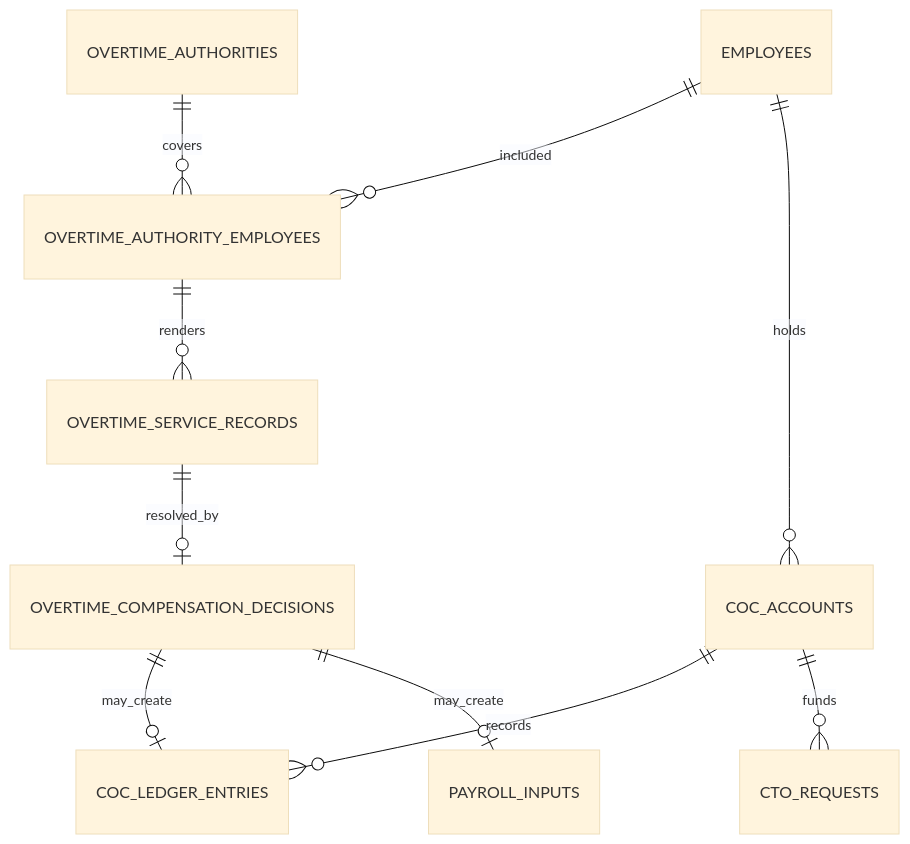
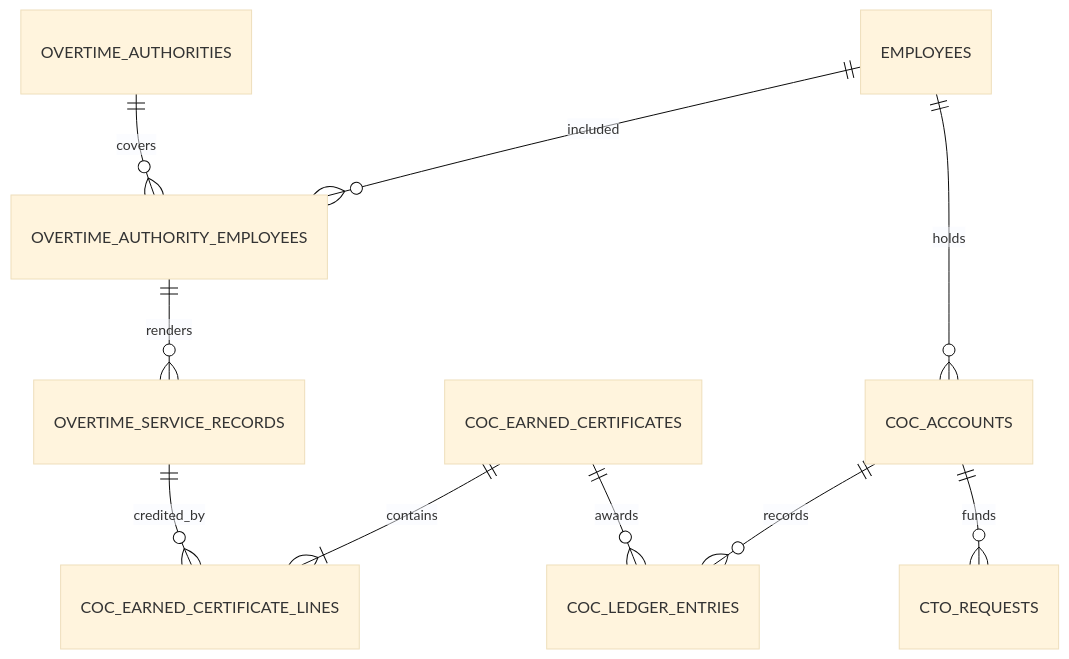
Before and after one commit to systemeror12/lingkod-hr: the diagram in docs/data-model/overtime-coc-cto-logical-erd.md, drawn with Mermaid (base theme). The commit also changed other lines of this file and 8 other files, not shown here.

First line of the commit message:
Decide the overtime authority, service, and COC award contracts (#317)

````diff
--- a/docs/data-model/overtime-coc-cto-logical-erd.md
+++ b/docs/data-model/overtime-coc-cto-logical-erd.md
@@ -28,12 +28,12 @@
 ```mermaid
 erDiagram
     OVERTIME_AUTHORITIES ||--o{ OVERTIME_AUTHORITY_EMPLOYEES : covers
     EMPLOYEES ||--o{ OVERTIME_AUTHORITY_EMPLOYEES : included
     OVERTIME_AUTHORITY_EMPLOYEES ||--o{ OVERTIME_SERVICE_RECORDS : renders
-    OVERTIME_SERVICE_RECORDS ||--o| OVERTIME_COMPENSATION_DECISIONS : resolved_by
+    OVERTIME_SERVICE_RECORDS ||--o{ COC_EARNED_CERTIFICATE_LINES : credited_by
+    COC_EARNED_CERTIFICATES ||--|{ COC_EARNED_CERTIFICATE_LINES : contains
     EMPLOYEES ||--o{ COC_ACCOUNTS : holds
     COC_ACCOUNTS ||--o{ COC_LEDGER_ENTRIES : records
     COC_ACCOUNTS ||--o{ CTO_REQUESTS : funds
-    OVERTIME_COMPENSATION_DECISIONS ||--o| COC_LEDGER_ENTRIES : may_create
-    OVERTIME_COMPENSATION_DECISIONS ||--o| PAYROLL_INPUTS : may_create
+    COC_EARNED_CERTIFICATES ||--o{ COC_LEDGER_ENTRIES : awards
 ```
````
